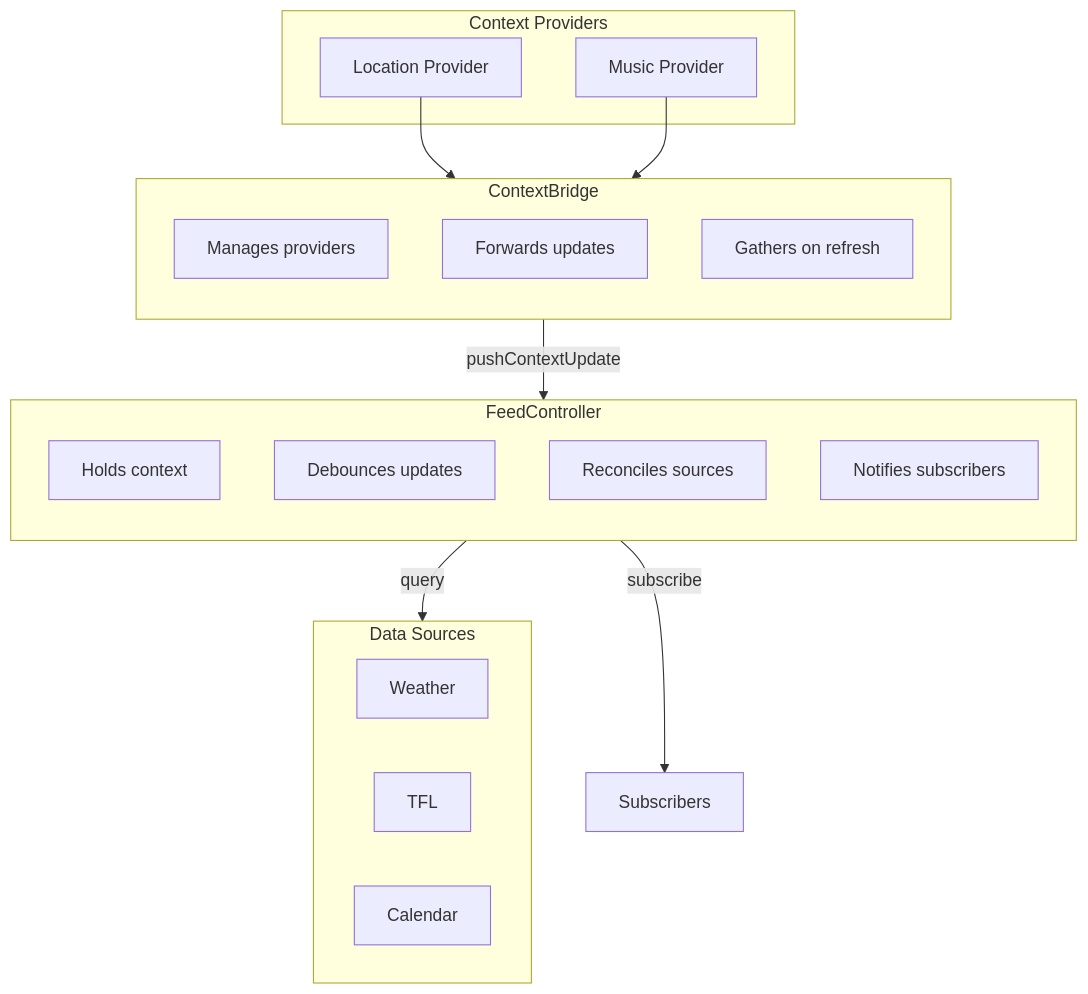
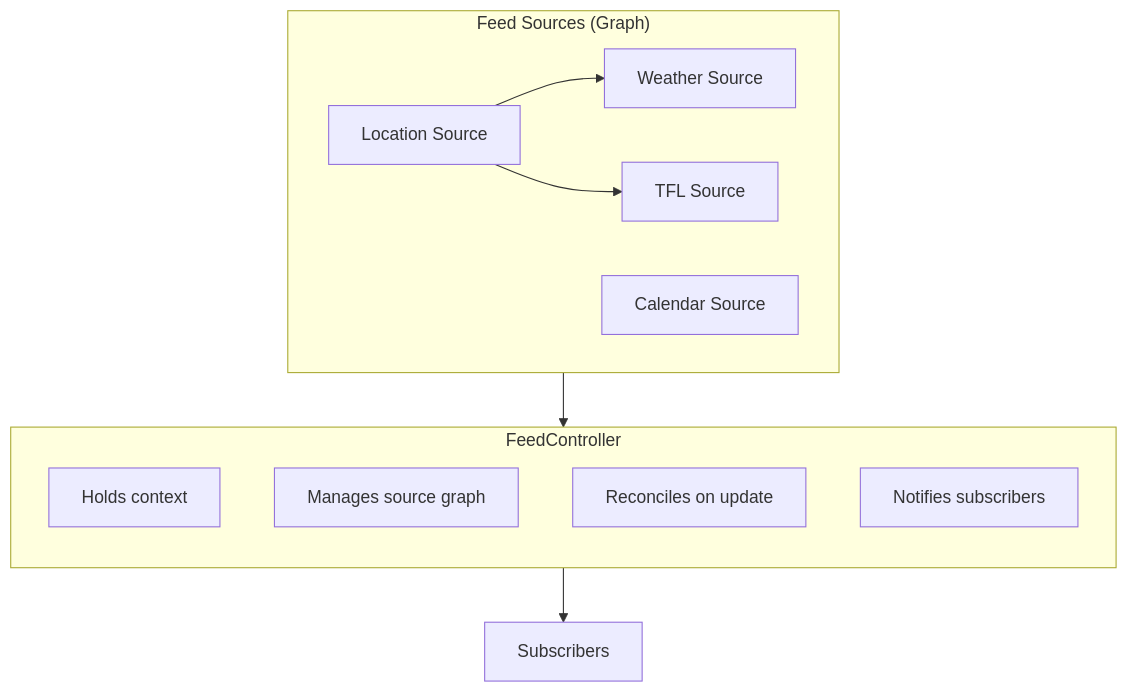
The diagram in packages/aris-core/README.md (kennethnym/aris), drawn with Mermaid before and after one commit. The commit also changed other lines of this file and 3 other files, not shown here.

First line of the commit message:
feat(core): add FeedSource interface

````diff
--- a/packages/aris-core/README.md
+++ b/packages/aris-core/README.md
@@ -7,33 +7,23 @@
 ```mermaid
 flowchart TB
-    subgraph Providers["Context Providers"]
-        LP[Location Provider]
-        MP[Music Provider]
+    subgraph Sources["Feed Sources (Graph)"]
+        LS[Location Source]
+        WS[Weather Source]
+        TS[TFL Source]
+        CS[Calendar Source]
     end
 
-    subgraph Bridge["ContextBridge"]
-        direction TB
-        B1[Manages providers]
-        B2[Forwards updates]
-        B3[Gathers on refresh]
-    end
+    LS --> WS
+    LS --> TS
 
     subgraph Controller["FeedController"]
         direction TB
         C1[Holds context]
-        C2[Debounces updates]
-        C3[Reconciles sources]
+        C2[Manages source graph]
+        C3[Reconciles on update]
         C4[Notifies subscribers]
     end
 
-    subgraph Sources["Data Sources"]
-        WS[Weather]
-        TS[TFL]
-        CS[Calendar]
-    end
-
-    LP & MP --> Bridge
-    Bridge -->|pushContextUpdate| Controller
-    Controller -->|query| Sources
-    Controller -->|subscribe| Sub[Subscribers]
+    Sources --> Controller
+    Controller --> Sub[Subscribers]
 ```
````
